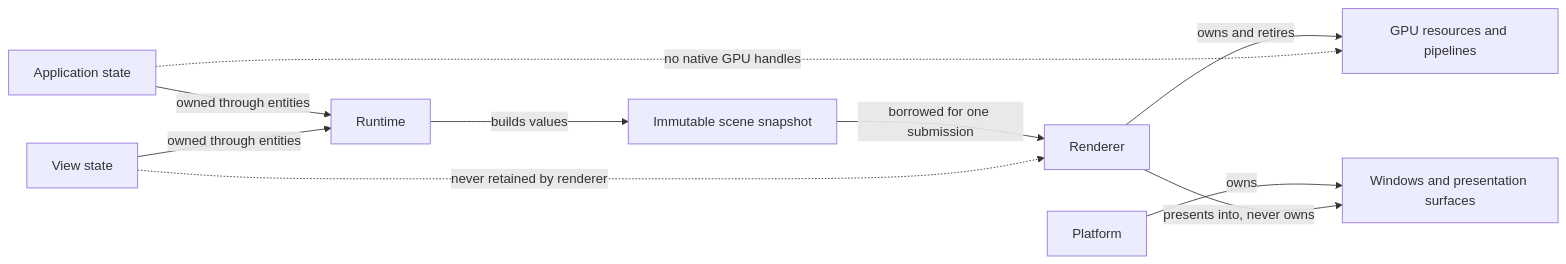
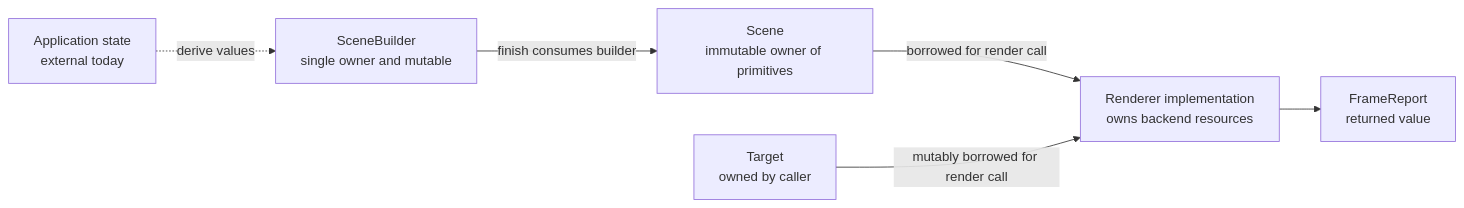
One commit to dbuddha/alpine-gpui changed the second of 7 diagrams in ARCHITECTURE.md. Above: the diagram before and after it, drawn with Mermaid. The commit also changed other lines of this file and 40 other files, not shown here.

````diff
--- a/ARCHITECTURE.md
+++ b/ARCHITECTURE.md
@@ -213,13 +46,15 @@
 ```mermaid
 flowchart LR
-    app_state["Application state"] -->|"owned through entities"| runtime_owner["Runtime"]
-    view_state["View state"] -->|"owned through entities"| runtime_owner
-    runtime_owner -->|"builds values"| scene_snapshot["Immutable scene snapshot"]
-    scene_snapshot -->|"borrowed for one submission"| renderer_owner["Renderer"]
-    renderer_owner -->|"owns and retires"| gpu_resources["GPU resources and pipelines"]
-    platform_owner["Platform"] -->|"owns"| windows["Windows and presentation surfaces"]
-    renderer_owner -->|"presents into, never owns"| windows
+    state["Application state<br/>external today"]
+    builder["SceneBuilder<br/>single owner and mutable"]
+    snapshot["Scene<br/>immutable owner of primitives"]
+    renderer["Renderer implementation<br/>owns backend resources"]
+    target["Target<br/>owned by caller"]
+    report["FrameReport<br/>returned value"]
 
-    app_state -.->|"no native GPU handles"| gpu_resources
-    view_state -.->|"never retained by renderer"| renderer_owner
+    state -. "derive values" .-> builder
+    builder -->|"finish consumes builder"| snapshot
+    snapshot -->|"borrowed for render call"| renderer
+    target -->|"mutably borrowed for render call"| renderer
+    renderer --> report
 ```
````
